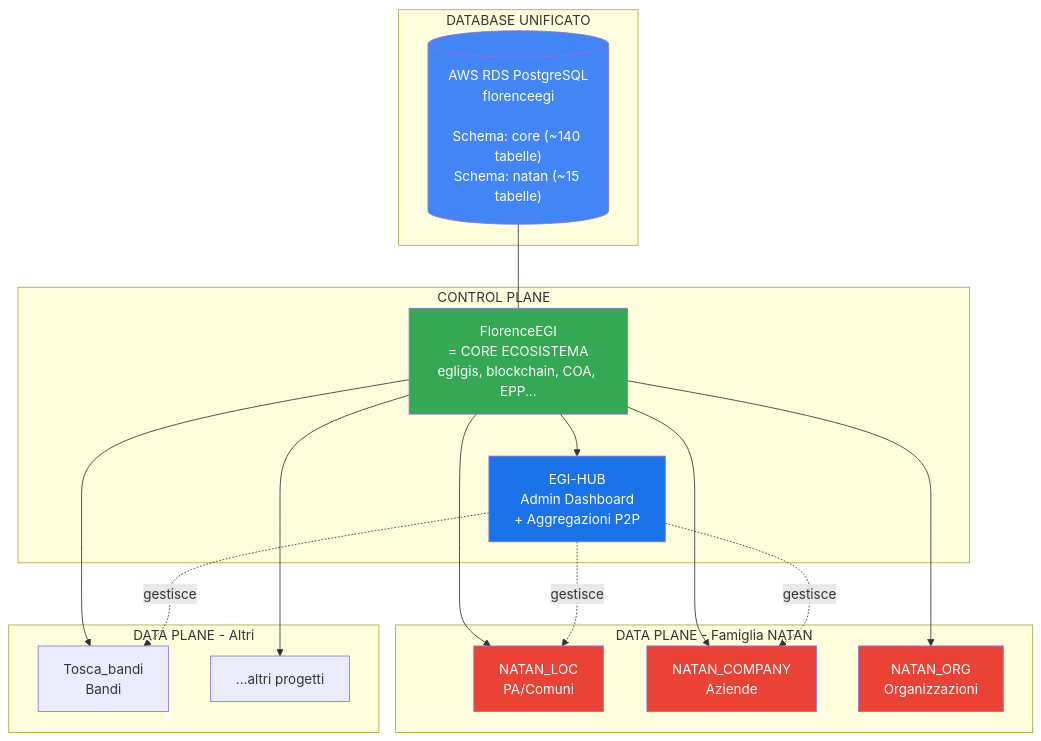
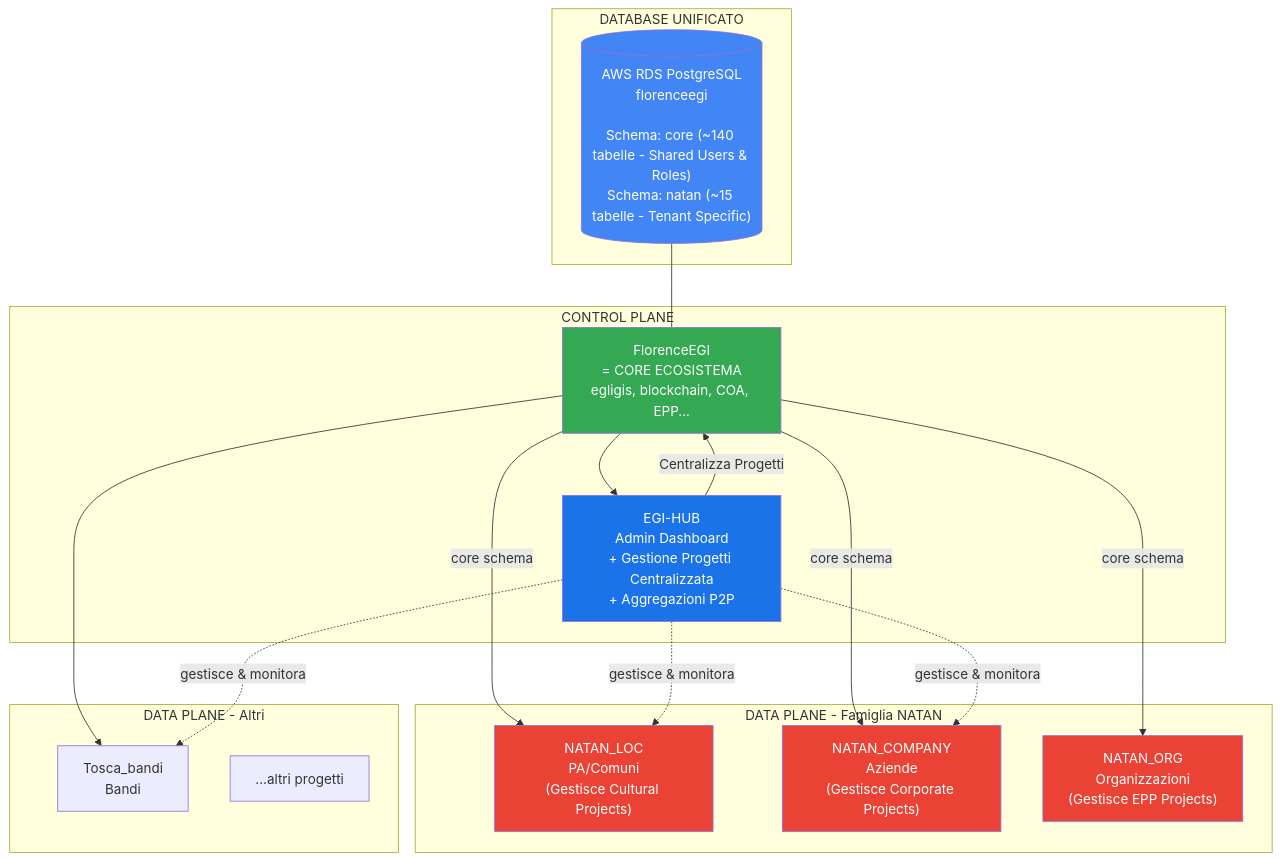
The first of 2 diagrams in docs/01_PLATFORME_ARCHITECTURE_01.md (AutobookNft/EGI-HUB), drawn with Mermaid before and after one commit. The commit also changed other lines of this file, not shown here.

Commit message:
docs: update architecture to v2.1 (SSOT, Project Centralization)

````diff
--- a/docs/01_PLATFORME_ARCHITECTURE_01.md
+++ b/docs/01_PLATFORME_ARCHITECTURE_01.md
@@ -12,41 +13,46 @@
 ```mermaid
 graph TB
     subgraph "DATABASE UNIFICATO"
-        DB[("AWS RDS PostgreSQL\nflorenceegi\n\nSchema: core (~140 tabelle)\nSchema: natan (~15 tabelle)")]
+        DB[("AWS RDS PostgreSQL\nflorenceegi\n\nSchema: core (~140 tabelle - Shared Users & Roles)\nSchema: natan (~15 tabelle - Tenant Specific)")]
     end
     
     subgraph "CONTROL PLANE"
-        HUB["EGI-HUB\nAdmin Dashboard\n+ Aggregazioni P2P"]
+        HUB["EGI-HUB\nAdmin Dashboard\n+ Gestione Progetti Centralizzata\n+ Aggregazioni P2P"]
         FEGI["FlorenceEGI\n= CORE ECOSISTEMA\negligis, blockchain, COA, EPP..."]
     end
     
     subgraph "DATA PLANE - Famiglia NATAN"
-        LOC["NATAN_LOC\nPA/Comuni"]
-        COMPANY["NATAN_COMPANY\nAziende"]
-        ORG["NATAN_ORG\nOrganizzazioni"]
+        LOC["NATAN_LOC\nPA/Comuni\n(Gestisce Cultural Projects)"]
+        COMPANY["NATAN_COMPANY\nAziende\n(Gestisce Corporate Projects)"]
+        ORG["NATAN_ORG\nOrganizzazioni\n(Gestisce EPP Projects)"]
     end
     
     subgraph "DATA PLANE - Altri"
         TOSCA["Tosca_bandi\nBandi"]
         FUTURE["...altri progetti"]
     end
     
     DB --- FEGI
+    
+    %% Flusso Progetti e Dati
     FEGI --> HUB
-    FEGI --> LOC
-    FEGI --> COMPANY
-    FEGI --> ORG
+    HUB -->|Centralizza Progetti| FEGI
+    
+    %% Verticali
+    FEGI -- "core schema" --> LOC
+    FEGI -- "core schema" --> COMPANY
+    FEGI -- "core schema" --> ORG
     FEGI --> TOSCA
-    FEGI --> FUTURE
     
-    HUB -.->|gestisce| LOC
-    HUB -.->|gestisce| COMPANY
-    HUB -.->|gestisce| TOSCA
+    %% Gestione
+    HUB -.->|gestisce & monitora| LOC
+    HUB -.->|gestisce & monitora| COMPANY
+    HUB -.->|gestisce & monitora| TOSCA
     
     style DB fill:#4285f4,color:white
     style FEGI fill:#34a853,color:white
     style HUB fill:#1a73e8,color:white
     style LOC fill:#ea4335,color:white
     style COMPANY fill:#ea4335,color:white
     style ORG fill:#ea4335,color:white
 ```
````
